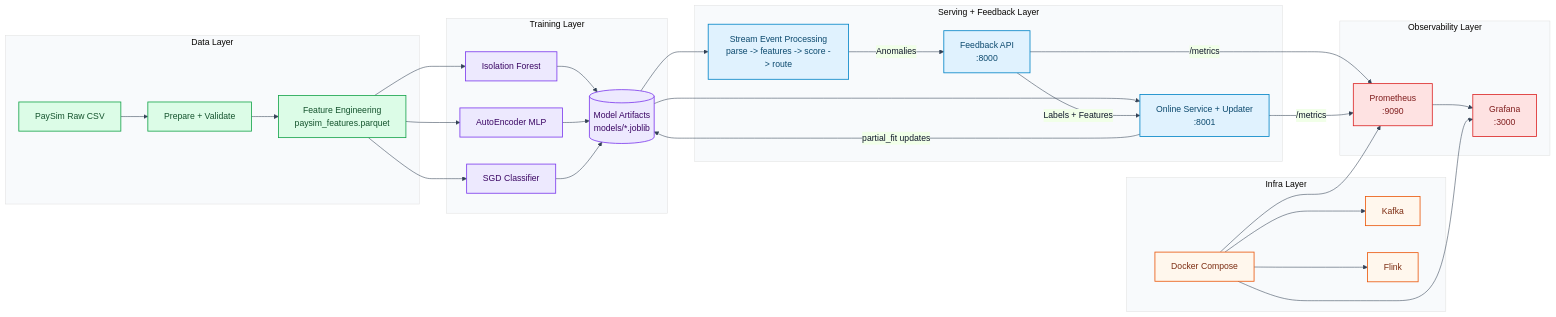
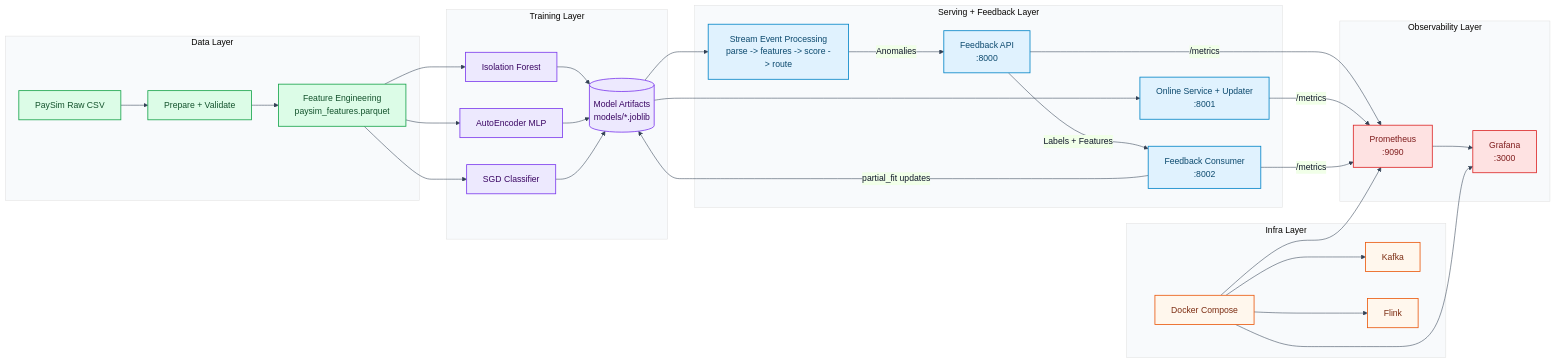
The diagram in README.md (atikulmunna/realtime-fraud-detection-pipeline), drawn with Mermaid before and after one commit. The commit also changed other lines of this file and 11 other files, not shown here.

Commit message:
Add consumer guardrail metrics, Prometheus alerts, and Grafana promotion panels

````diff
--- a/README.md
+++ b/README.md
@@ -28,64 +28,66 @@
 ```mermaid
 %%{init: {'theme':'base','themeVariables':{
   'primaryColor':'#e8f1ff',
   'primaryBorderColor':'#2563eb',
   'primaryTextColor':'#0f172a',
   'lineColor':'#334155',
   'tertiaryColor':'#f8fafc'
 }}}%%
 flowchart LR
   classDef data fill:#dcfce7,stroke:#16a34a,stroke-width:1.5px,color:#14532d;
   classDef train fill:#ede9fe,stroke:#7c3aed,stroke-width:1.5px,color:#3b0764;
   classDef serve fill:#e0f2fe,stroke:#0284c7,stroke-width:1.5px,color:#0c4a6e;
   classDef obs fill:#fee2e2,stroke:#dc2626,stroke-width:1.5px,color:#7f1d1d;
   classDef infra fill:#fff7ed,stroke:#ea580c,stroke-width:1.5px,color:#7c2d12;
 
   subgraph L1[Data Layer]
     RAW[PaySim Raw CSV]:::data
     PREP[Prepare + Validate]:::data
     FEAT[Feature Engineering\npaysim_features.parquet]:::data
     RAW --> PREP --> FEAT
   end
 
   subgraph L2[Training Layer]
     IF[Isolation Forest]:::train
     AE[AutoEncoder MLP]:::train
     SGD[SGD Classifier]:::train
     ART[(Model Artifacts\nmodels/*.joblib)]:::train
     FEAT --> IF
     FEAT --> AE
     FEAT --> SGD
     IF --> ART
     AE --> ART
     SGD --> ART
   end
 
   subgraph L3[Serving + Feedback Layer]
     STREAM[Stream Event Processing\nparse -> features -> score -> route]:::serve
     API[Feedback API\n:8000]:::serve
     ONLINE[Online Service + Updater\n:8001]:::serve
+    CONSUMER[Feedback Consumer\n:8002]:::serve
     ART --> STREAM
     ART --> ONLINE
     STREAM -->|Anomalies| API
-    API -->|Labels + Features| ONLINE
-    ONLINE -->|partial_fit updates| ART
+    API -->|Labels + Features| CONSUMER
+    CONSUMER -->|partial_fit updates| ART
   end
 
   subgraph L4[Observability Layer]
     PROM[Prometheus\n:9090]:::obs
     GRAF[Grafana\n:3000]:::obs
     API -->|/metrics| PROM
     ONLINE -->|/metrics| PROM
+    CONSUMER -->|/metrics| PROM
     PROM --> GRAF
   end
 
   subgraph L5[Infra Layer]
     KAFKA[Kafka]:::infra
     FLINK[Flink]:::infra
     DOCKER[Docker Compose]:::infra
     DOCKER --> KAFKA
     DOCKER --> FLINK
     DOCKER --> PROM
     DOCKER --> GRAF
   end
 ```
````
